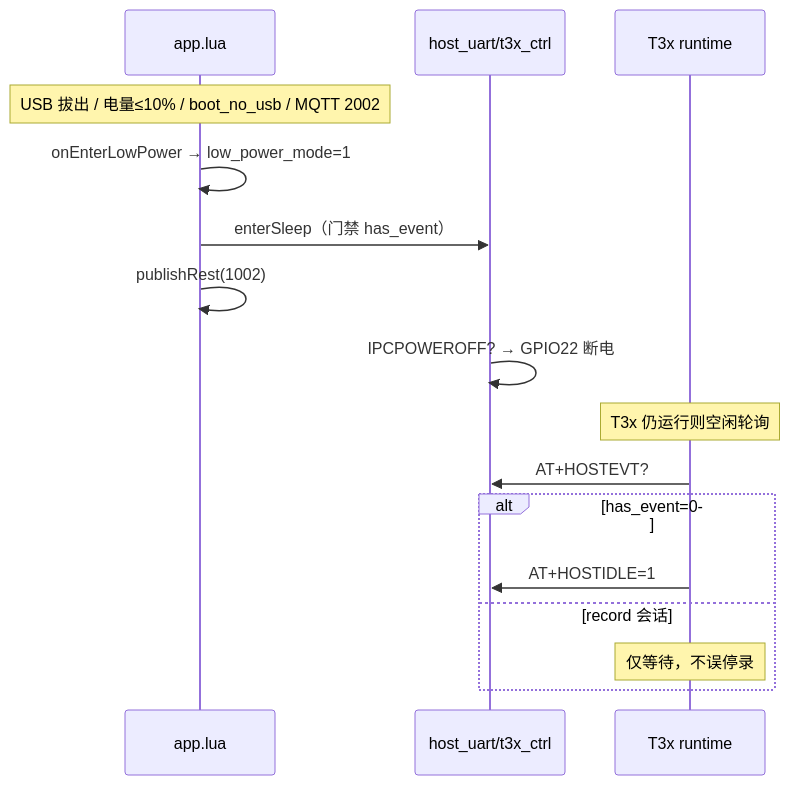
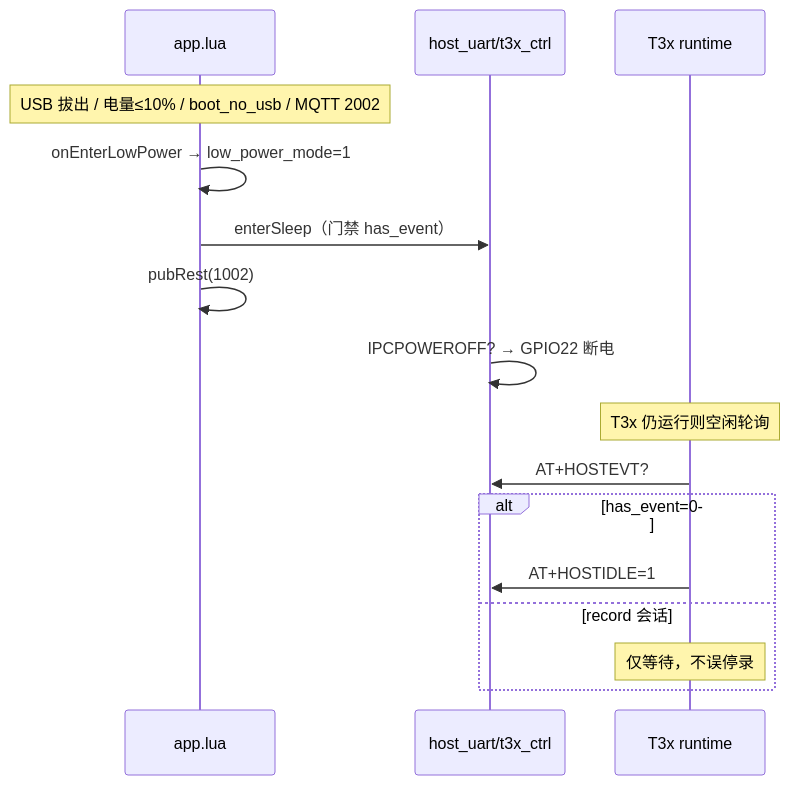
Before and after one commit to dzr1986/AIR780EHM: the third of 3 diagrams in doc/T3X_IPC_4G_INTERACTION.md, drawn with Mermaid. The commit also changed other lines of this file and 84 other files, not shown here.

````diff
--- a/doc/T3X_IPC_4G_INTERACTION.md
+++ b/doc/T3X_IPC_4G_INTERACTION.md
@@ -133,20 +133,20 @@
 ```mermaid
 sequenceDiagram
     participant A as app.lua
     participant G as host_uart/t3x_ctrl
     participant T as T3x runtime
 
     Note over A: USB 拔出 / 电量≤10% / boot_no_usb / MQTT 2002
     A->>A: onEnterLowPower → low_power_mode=1
     A->>G: enterSleep（门禁 has_event）
-    A->>A: publishRest(1002)
+    A->>A: pubRest(1002)
     G->>G: IPCPOWEROFF? → GPIO22 断电
 
     Note over T: T3x 仍运行则空闲轮询
     T->>G: AT+HOSTEVT?
     alt has_event=0
         T->>G: AT+HOSTIDLE=1
     else record 会话
         Note over T: 仅等待，不误停录
     end
 ```
````
